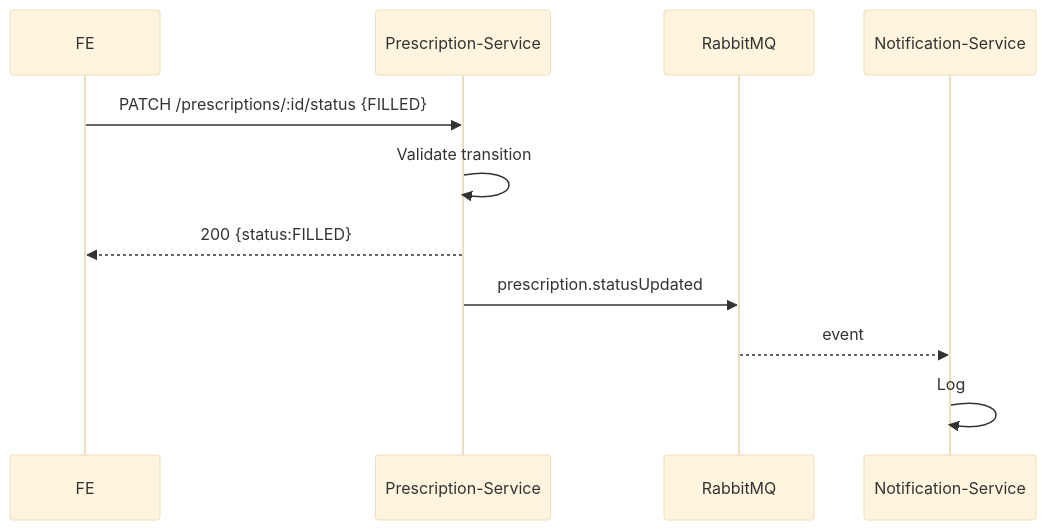
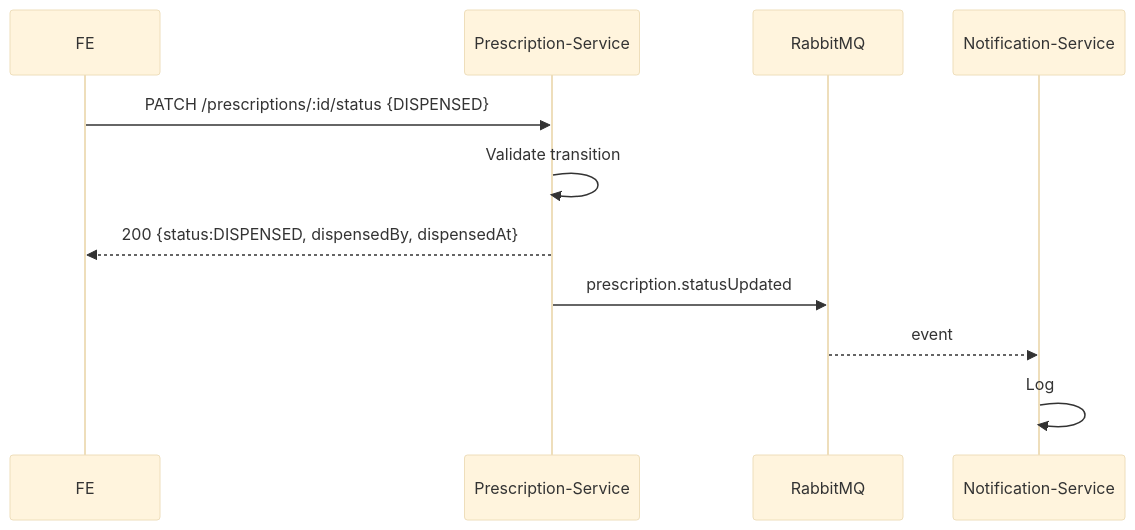
The third of 3 diagrams in README.md (tqlucitvn/hospital-management), drawn with Mermaid (base theme) before and after one commit. The commit also changed other lines of this file and 4 other files, not shown here.

````diff
--- a/README.md
+++ b/README.md
@@ -439,14 +451,14 @@
 ```mermaid
 sequenceDiagram
   participant FE
   participant PS as Prescription-Service
   participant MQ as RabbitMQ
   participant NS as Notification-Service
 
-  FE->>PS: PATCH /prescriptions/:id/status {FILLED}
+  FE->>PS: PATCH /prescriptions/:id/status {DISPENSED}
   PS->>PS: Validate transition
-  PS-->>FE: 200 {status:FILLED}
+  PS-->>FE: 200 {status:DISPENSED, dispensedBy, dispensedAt}
   PS->>MQ: prescription.statusUpdated
   MQ-->>NS: event
   NS->>NS: Log
 ```
````
